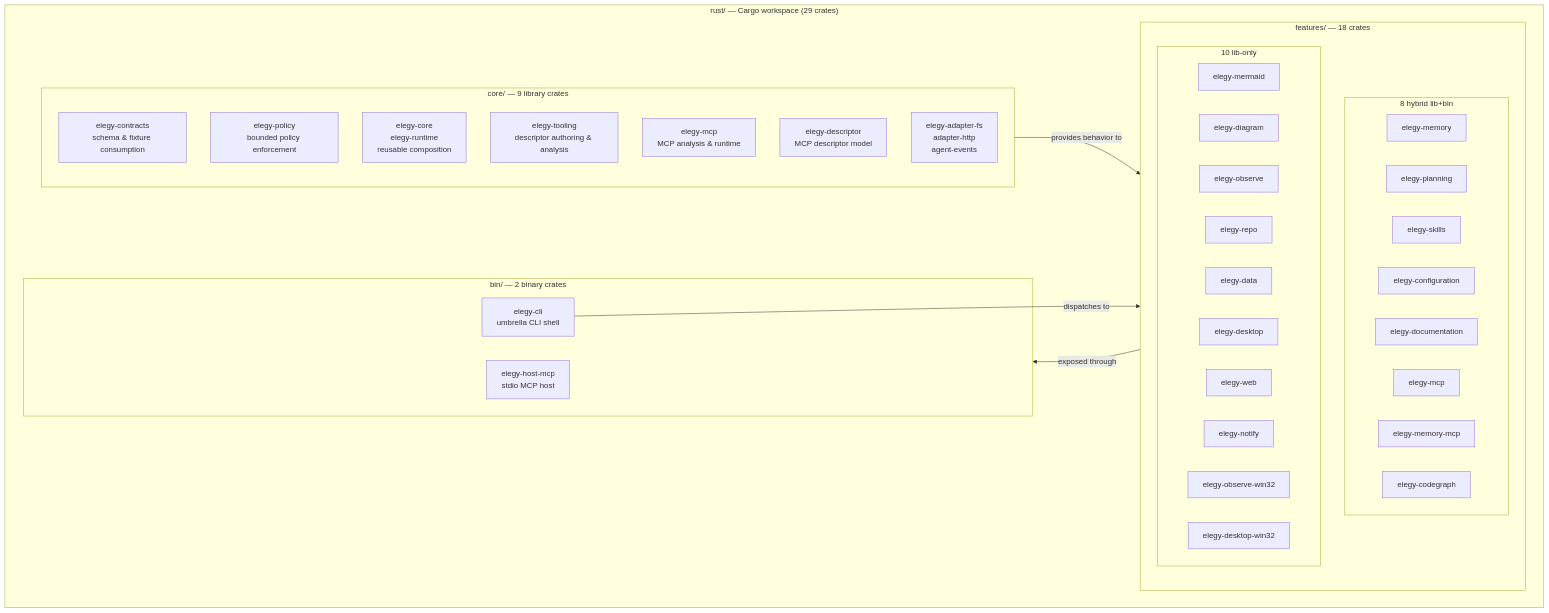
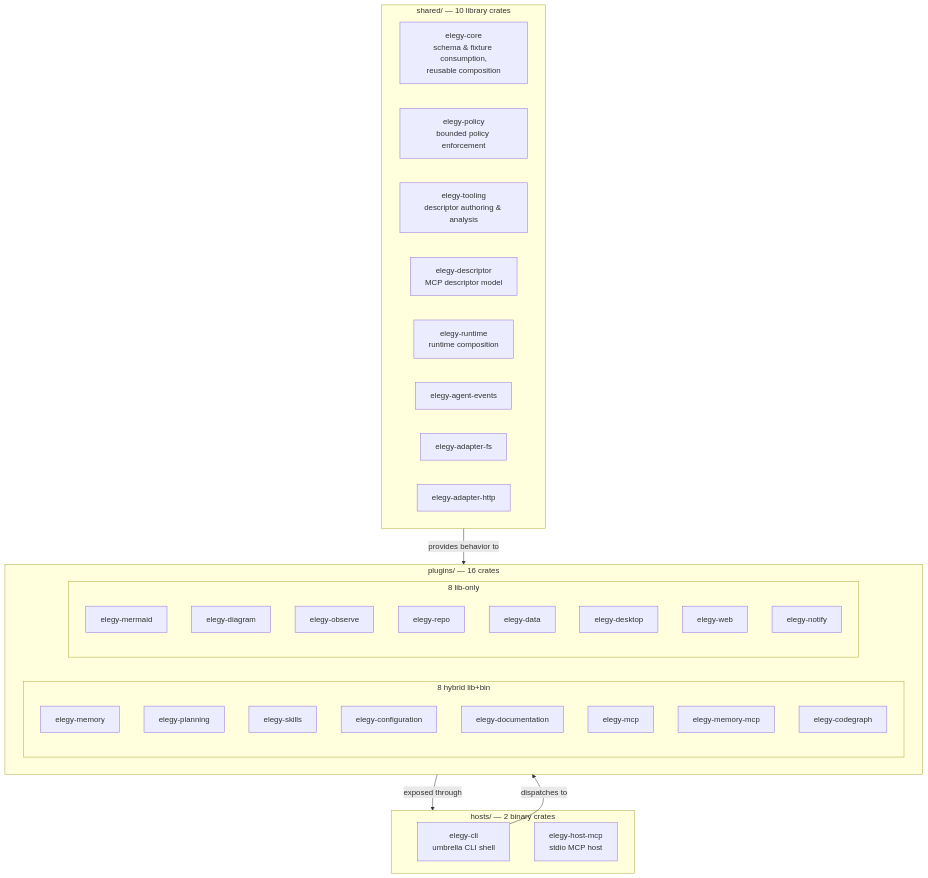
Before and after one commit to Sofreshx/Elegy: the first of 3 diagrams in docs/architecture/rust-consolidation.md, drawn with Mermaid. The commit also changed other lines of this file and 119 other files, not shown here.

First line of the commit message:
refactor: co-locate artifacts with plugins, dissolve shared/contracts

````diff
--- a/docs/architecture/rust-consolidation.md
+++ b/docs/architecture/rust-consolidation.md
@@ -25,49 +25,46 @@
 ```mermaid
 flowchart TD
-    subgraph rust["rust/ — Cargo workspace (29 crates)"]
-        subgraph core["core/ — 9 library crates"]
-            contracts["elegy-contracts\nschema & fixture consumption"]
-            policy["elegy-policy\nbounded policy enforcement"]
-            core_main["elegy-core\nelegy-runtime\nreusable composition"]
-            tooling["elegy-tooling\ndescriptor authoring & analysis"]
-            mcp["elegy-mcp\nMCP analysis & runtime"]
-            descriptor["elegy-descriptor\nMCP descriptor model"]
-            adapters["elegy-adapter-fs\nadapter-http\nagent-events"]
+    subgraph shared["shared/ — 10 library crates"]
+        core["elegy-core\nschema & fixture consumption,\nreusable composition"]
+        policy["elegy-policy\nbounded policy enforcement"]
+        tooling["elegy-tooling\ndescriptor authoring & analysis"]
+        descriptor["elegy-descriptor\nMCP descriptor model"]
+        runtime["elegy-runtime\nruntime composition"]
+        agent_events["elegy-agent-events"]
+        adapter_fs["elegy-adapter-fs"]
+        adapter_http["elegy-adapter-http"]
+    end
+
+    subgraph plugins["plugins/ — 16 crates"]
+        subgraph hybrid["8 hybrid lib+bin"]
+            mem["elegy-memory"]
+            plan["elegy-planning"]
+            skills_f["elegy-skills"]
+            cfg["elegy-configuration"]
+            docs_f["elegy-documentation"]
+            mcp["elegy-mcp"]
+            mem_mcp["elegy-memory-mcp"]
+            codegraph["elegy-codegraph"]
         end
 
-        subgraph features["features/ — 18 crates"]
-            subgraph hybrid["8 hybrid lib+bin"]
-                mem["elegy-memory"]
-                plan["elegy-planning"]
-                skills_f["elegy-skills"]
-                cfg["elegy-configuration"]
-                docs_f["elegy-documentation"]
-                mcp_f["elegy-mcp"]
-                mem_mcp["elegy-memory-mcp"]
-                codegraph["elegy-codegraph"]
-            end
-
-            subgraph libonly["10 lib-only"]
-                mermaid["elegy-mermaid"]
-                diagram["elegy-diagram"]
-                observe["elegy-observe"]
-                repo["elegy-repo"]
-                data["elegy-data"]
-                desktop["elegy-desktop"]
-                web["elegy-web"]
-                notify["elegy-notify"]
-                observe_w32["elegy-observe-win32"]
-                desktop_w32["elegy-desktop-win32"]
-            end
-        end
-
-        subgraph bin["bin/ — 2 binary crates"]
-            cli["elegy-cli\numbrella CLI shell"]
-            host["elegy-host-mcp\nstdio MCP host"]
+        subgraph libonly["8 lib-only"]
+            mermaid["elegy-mermaid"]
+            diagram["elegy-diagram"]
+            observe["elegy-observe"]
+            repo["elegy-repo"]
+            data["elegy-data"]
+            desktop["elegy-desktop"]
+            web["elegy-web"]
+            notify["elegy-notify"]
         end
     end
 
-    core -->|"provides behavior to"| features
-    features -->|"exposed through"| bin
-    cli -->|"dispatches to"| features
+    subgraph hosts["hosts/ — 2 binary crates"]
+        cli["elegy-cli\numbrella CLI shell"]
+        host["elegy-host-mcp\nstdio MCP host"]
+    end
+
+    shared -->|"provides behavior to"| plugins
+    plugins -->|"exposed through"| hosts
+    cli -->|"dispatches to"| plugins
 ```
````
